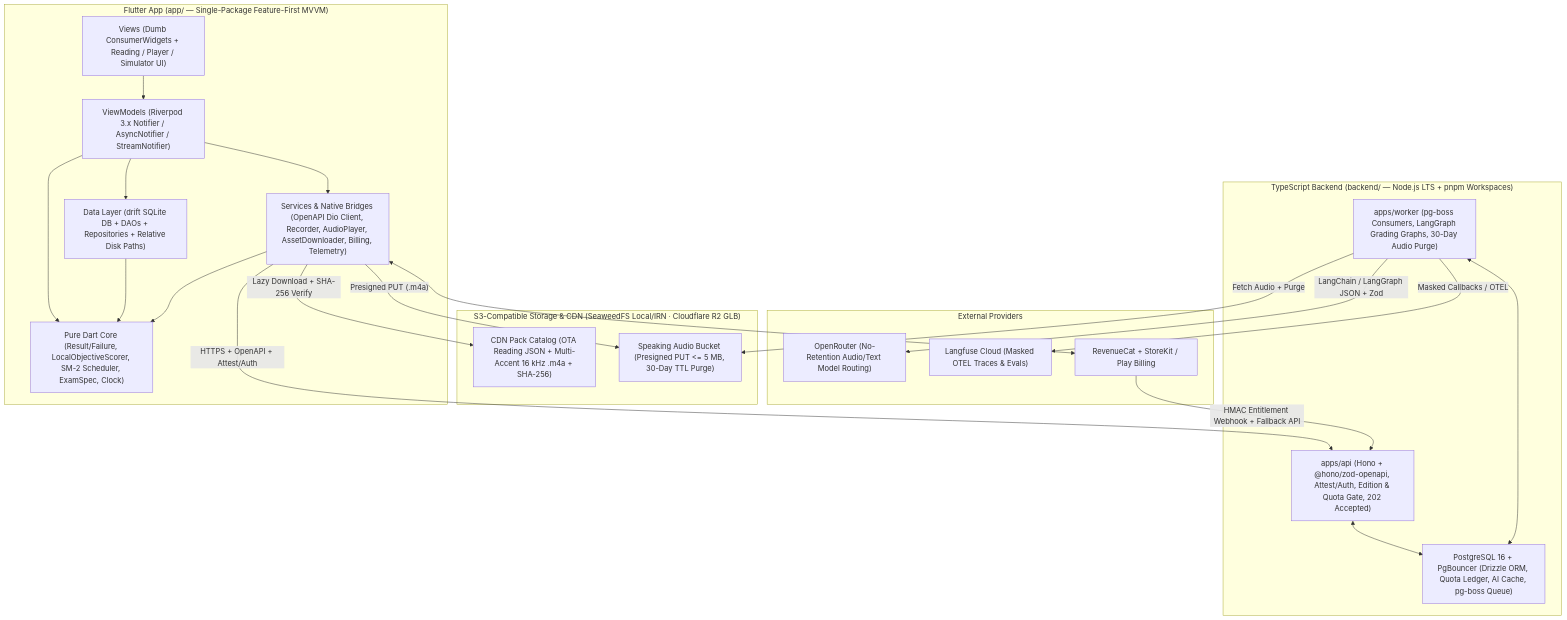
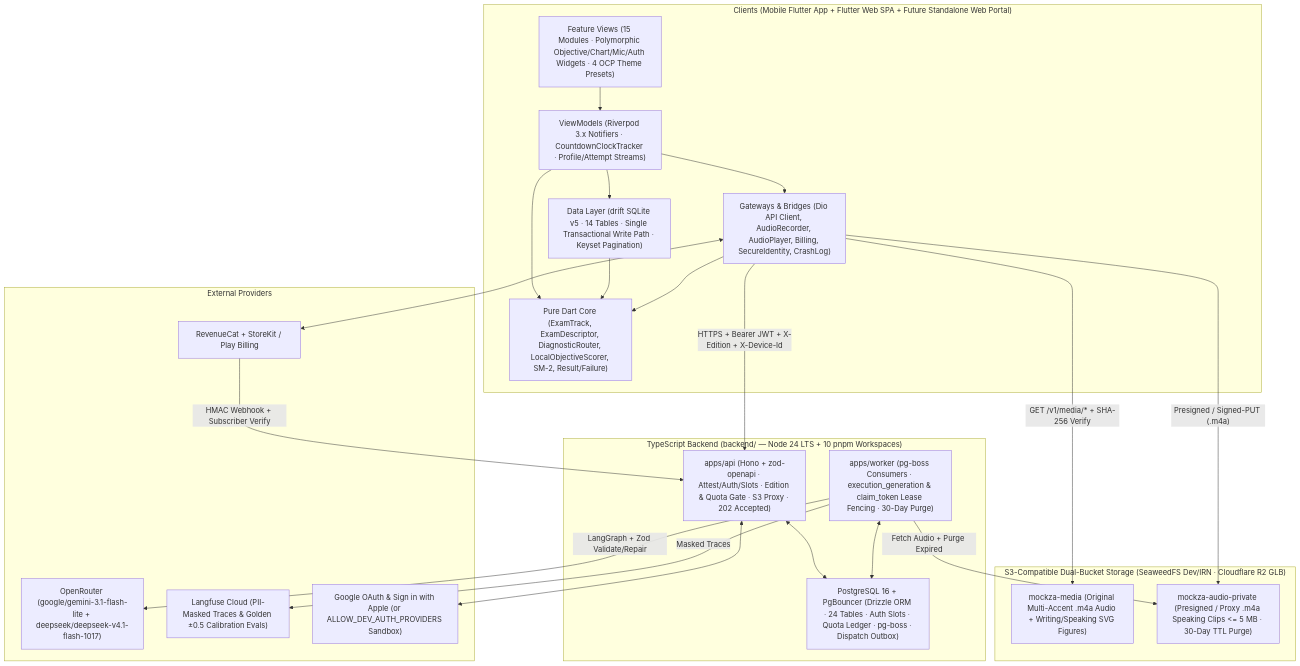
Before and after one commit to mehtee/mockza: the first of 2 diagrams in docs/ADR.md, drawn with Mermaid. The commit also changed other lines of this file and 5 other files, not shown here.

Commit message:
docs: update README, ADR, and PDR to match current v3.0 multi-exam architecture

````diff
--- a/docs/ADR.md
+++ b/docs/ADR.md
@@ -17,41 +17,43 @@
 ```mermaid
 flowchart TB
-    subgraph Client["Flutter App (app/ — Single-Package Feature-First MVVM)"]
-        UI["Views (Dumb ConsumerWidgets + Reading / Player / Simulator UI)"]
-        VM["ViewModels (Riverpod 3.x Notifier / AsyncNotifier / StreamNotifier)"]
-        CORE["Pure Dart Core (Result/Failure, LocalObjectiveScorer, SM-2 Scheduler, ExamSpec, Clock)"]
-        DATA["Data Layer (drift SQLite DB + DAOs + Repositories + Relative Disk Paths)"]
-        SVC["Services & Native Bridges (OpenAPI Dio Client, Recorder, AudioPlayer, AssetDownloader, Billing, Telemetry)"]
+    subgraph Clients["Clients (Mobile Flutter App + Flutter Web SPA + Future Standalone Web Portal)"]
+        UI["Feature Views (15 Modules · Polymorphic Objective/Chart/Mic/Auth Widgets · 4 OCP Theme Presets)"]
+        VM["ViewModels (Riverpod 3.x Notifiers · CountdownClockTracker · Profile/Attempt Streams)"]
+        CORE["Pure Dart Core (ExamTrack, ExamDescriptor, DiagnosticRouter, LocalObjectiveScorer, SM-2, Result/Failure)"]
+        DATA["Data Layer (drift SQLite v5 · 14 Tables · Single Transactional Write Path · Keyset Pagination)"]
+        SVC["Gateways & Bridges (Dio API Client, AudioRecorder, AudioPlayer, Billing, SecureIdentity, CrashLog)"]
     end
-    subgraph Backend["TypeScript Backend (backend/ — Node.js LTS + pnpm Workspaces)"]
-        API["apps/api (Hono + @hono/zod-openapi, Attest/Auth, Edition & Quota Gate, 202 Accepted)"]
-        WORKER["apps/worker (pg-boss Consumers, LangGraph Grading Graphs, 30-Day Audio Purge)"]
-        PG["PostgreSQL 16 + PgBouncer (Drizzle ORM, Quota Ledger, AI Cache, pg-boss Queue)"]
+    subgraph Backend["TypeScript Backend (backend/ — Node 24 LTS + 10 pnpm Workspaces)"]
+        API["apps/api (Hono + zod-openapi · Attest/Auth/Slots · Edition & Quota Gate · S3 Proxy · 202 Accepted)"]
+        WORKER["apps/worker (pg-boss Consumers · execution_generation & claim_token Lease Fencing · 30-Day Purge)"]
+        PG["PostgreSQL 16 + PgBouncer (Drizzle ORM · 24 Tables · Auth Slots · Quota Ledger · pg-boss · Dispatch Outbox)"]
     end
-    subgraph Storage["S3-Compatible Storage & CDN (SeaweedFS Local/IRN · Cloudflare R2 GLB)"]
-        PACKS["CDN Pack Catalog (OTA Reading JSON + Multi-Accent 16 kHz .m4a + SHA-256)"]
-        CLIPS["Speaking Audio Bucket (Presigned PUT <= 5 MB, 30-Day TTL Purge)"]
+    subgraph Storage["S3-Compatible Dual-Bucket Storage (SeaweedFS Dev/IRN · Cloudflare R2 GLB)"]
+        MEDIA["mockza-media (Original Multi-Accent .m4a Audio + Writing/Speaking SVG Figures)"]
+        CLIPS["mockza-audio-private (Presigned / Proxy .m4a Speaking Clips <= 5 MB · 30-Day TTL Purge)"]
     end
     subgraph Upstream["External Providers"]
-        OR["OpenRouter (No-Retention Audio/Text Model Routing)"]
-        LF["Langfuse Cloud (Masked OTEL Traces & Evals)"]
+        OR["OpenRouter (google/gemini-3.1-flash-lite + deepseek/deepseek-v4.1-flash-1017)"]
+        LF["Langfuse Cloud (PII-Masked Traces & Golden ±0.5 Calibration Evals)"]
         RC["RevenueCat + StoreKit / Play Billing"]
+        OIDC["Google OAuth & Sign in with Apple (or ALLOW_DEV_AUTH_PROVIDERS Sandbox)"]
     end
 
     UI --> VM
     VM --> CORE
     VM --> DATA
     VM --> SVC
     DATA --> CORE
     SVC --> CORE
-    SVC -->|"HTTPS + OpenAPI + Attest/Auth"| API
-    SVC -->|"Presigned PUT (.m4a)"| CLIPS
-    SVC -->|"Lazy Download + SHA-256 Verify"| PACKS
+    SVC -->|"HTTPS + Bearer JWT + X-Edition + X-Device-Id"| API
+    SVC -->|"Presigned / Signed-PUT (.m4a)"| CLIPS
+    SVC -->|"GET /v1/media/* + SHA-256 Verify"| MEDIA
     API <--> PG
     WORKER <--> PG
-    WORKER -->|"Fetch Audio + Purge"| CLIPS
-    WORKER -->|"LangChain / LangGraph JSON + Zod"| OR
-    WORKER -->|"Masked Callbacks / OTEL"| LF
+    WORKER -->|"Fetch Audio + Purge Expired"| CLIPS
+    WORKER -->|"LangGraph + Zod Validate/Repair"| OR
+    WORKER -->|"Masked Traces"| LF
     SVC <--> RC
-    RC -->|"HMAC Entitlement Webhook + Fallback API"| API
+    API <--> OIDC
+    RC -->|"HMAC Webhook + Subscriber Verify"| API
 ```
````
